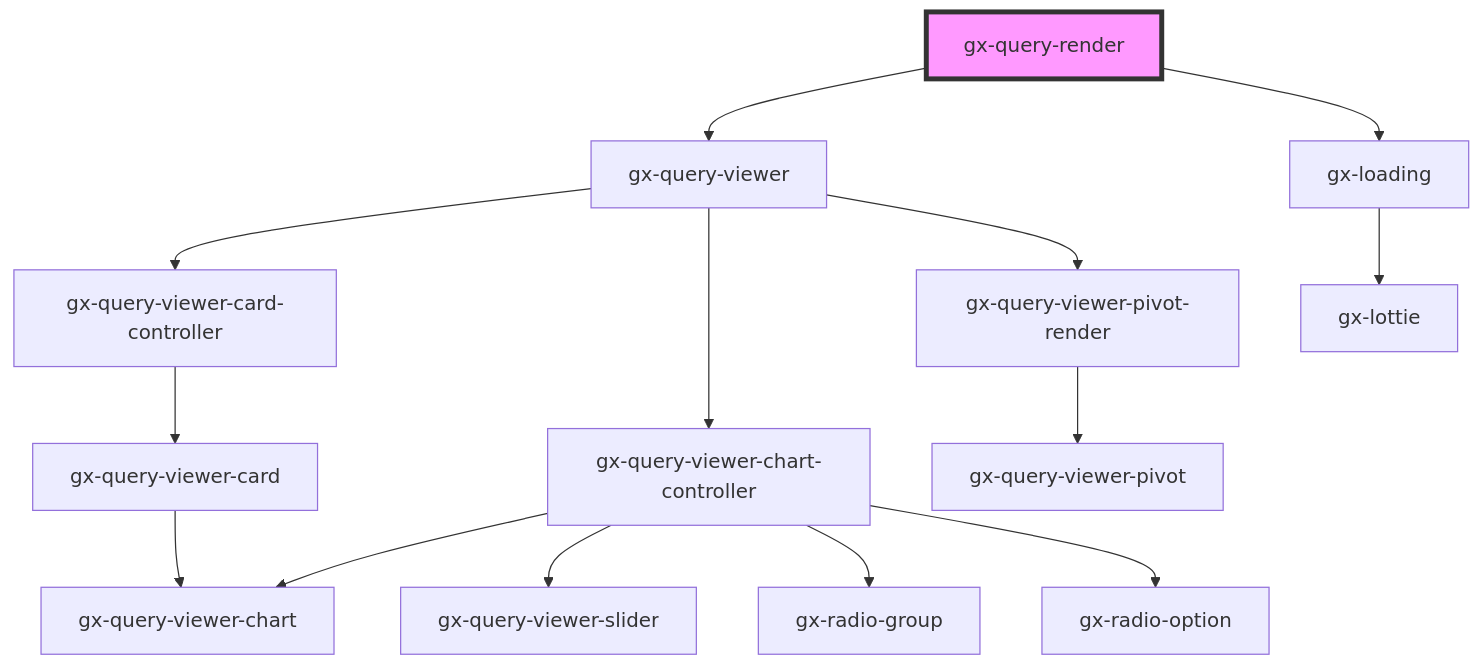
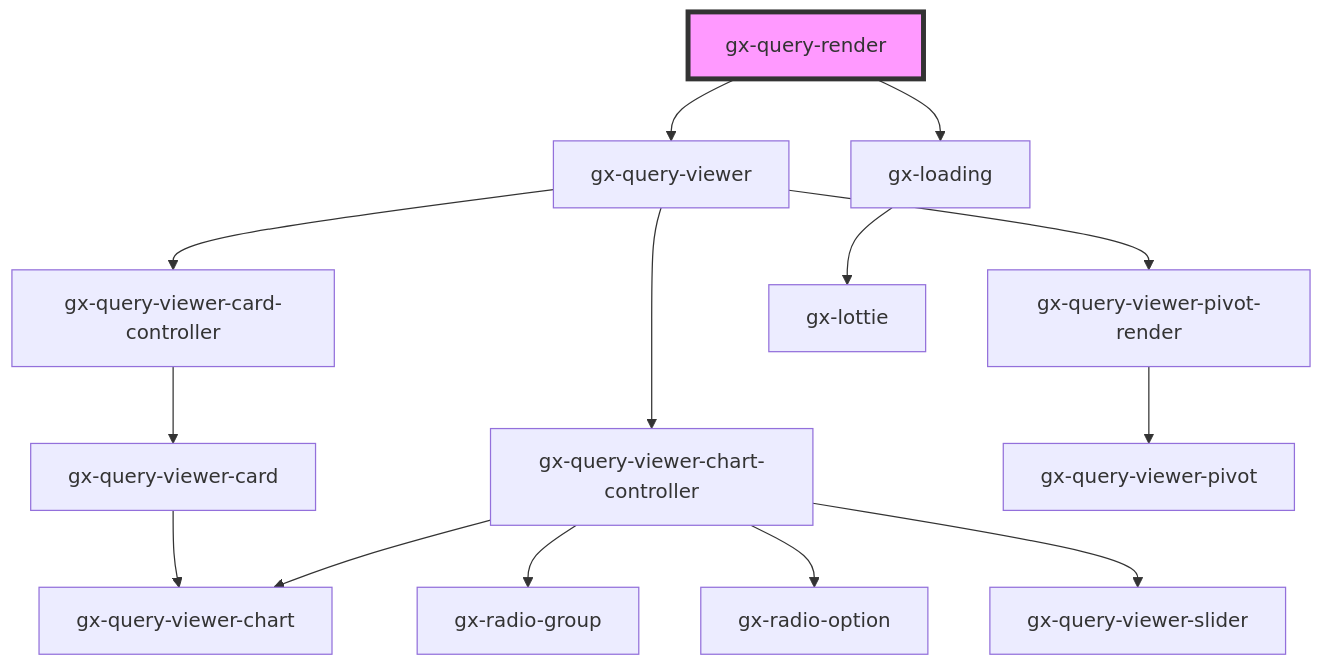
The diagram in src/components/gx-query/query-render/readme.md (genexuslabs/reporting-controls-library), drawn with Mermaid before and after one commit. The commit also changed other lines of this file and 13 other files, not shown here.

````diff
--- a/src/components/gx-query/query-render/readme.md
+++ b/src/components/gx-query/query-render/readme.md
@@ -44,17 +44,17 @@
 ```mermaid
 graph TD;
   gx-query-render --> gx-query-viewer
   gx-query-render --> gx-loading
   gx-query-viewer --> gx-query-viewer-card-controller
   gx-query-viewer --> gx-query-viewer-chart-controller
   gx-query-viewer --> gx-query-viewer-pivot-render
   gx-query-viewer-card-controller --> gx-query-viewer-card
   gx-query-viewer-card --> gx-query-viewer-chart
+  gx-query-viewer-chart-controller --> gx-radio-group
+  gx-query-viewer-chart-controller --> gx-radio-option
   gx-query-viewer-chart-controller --> gx-query-viewer-chart
   gx-query-viewer-chart-controller --> gx-query-viewer-slider
-  gx-query-viewer-chart-controller --> gx-radio-group
-  gx-query-viewer-chart-controller --> gx-radio-option
   gx-query-viewer-pivot-render --> gx-query-viewer-pivot
   gx-loading --> gx-lottie
   style gx-query-render fill:#f9f,stroke:#333,stroke-width:4px
 ```
````
